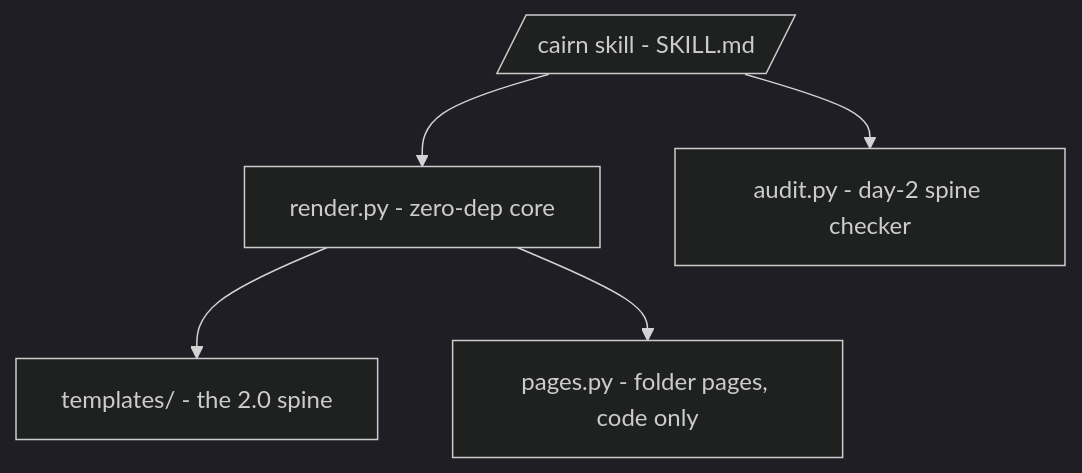
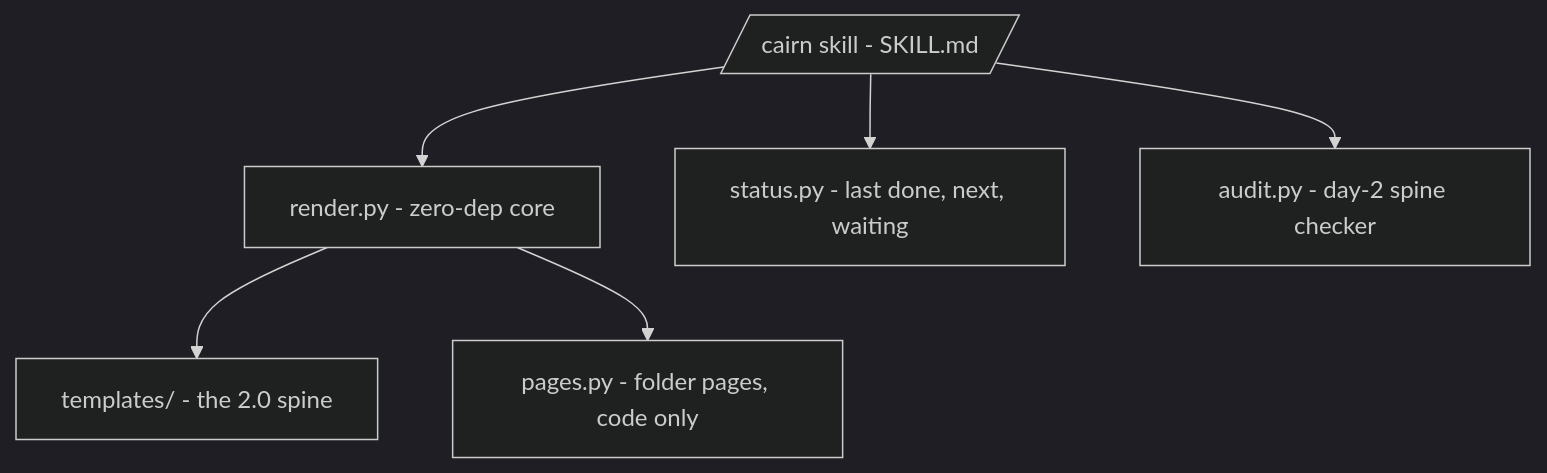
Before and after one commit to JJandDjango/cairn: the diagram in MAP.md, drawn with Mermaid (dark theme). The commit also changed other lines of this file and 9 other files, not shown here.

````diff
--- a/MAP.md
+++ b/MAP.md
@@ -7,7 +7,8 @@
 ```mermaid
 flowchart TD
     U[/cairn skill - SKILL.md/] --> R[render.py - zero-dep core]
     R --> T[templates/ - the 2.0 spine]
     R --> P[pages.py - folder pages, code only]
+    U --> S[status.py - last done, next, waiting]
     U --> A[audit.py - day-2 spine checker]
 ```
````
